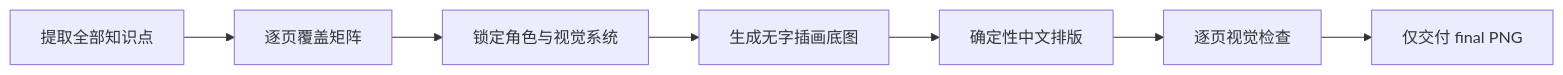
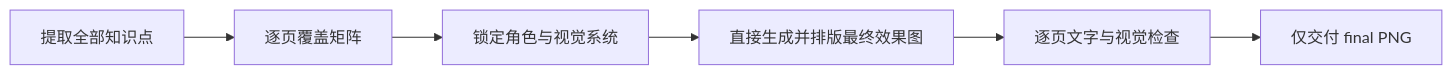
Before and after one commit to Jaimo-so/xiaohongshu-knowledge-carousel-skill: the diagram in README.md, drawn with Mermaid. The commit also changed other lines of this file and 5 other files, not shown here.

````diff
--- a/README.md
+++ b/README.md
@@ -41,9 +41,8 @@
 ```mermaid
 flowchart LR
     A[提取全部知识点] --> B[逐页覆盖矩阵]
     B --> C[锁定角色与视觉系统]
-    C --> D[生成无字插画底图]
-    D --> E[确定性中文排版]
-    E --> F[逐页视觉检查]
-    F --> G[仅交付 final PNG]
+    C --> D[直接生成并排版最终效果图]
+    D --> E[逐页文字与视觉检查]
+    E --> F[仅交付 final PNG]
 ```
````
